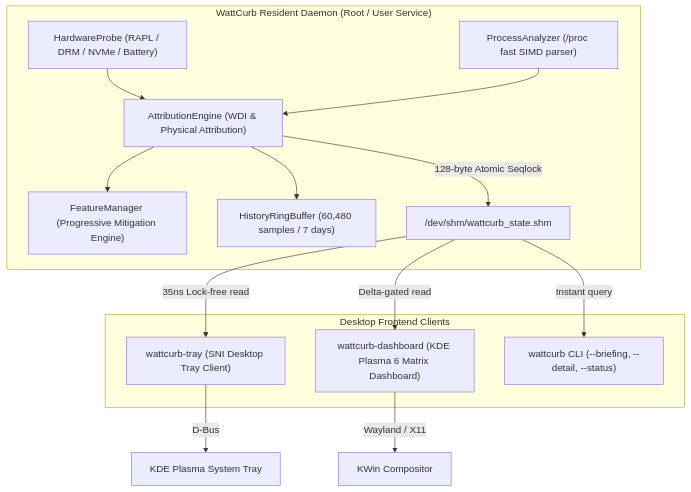
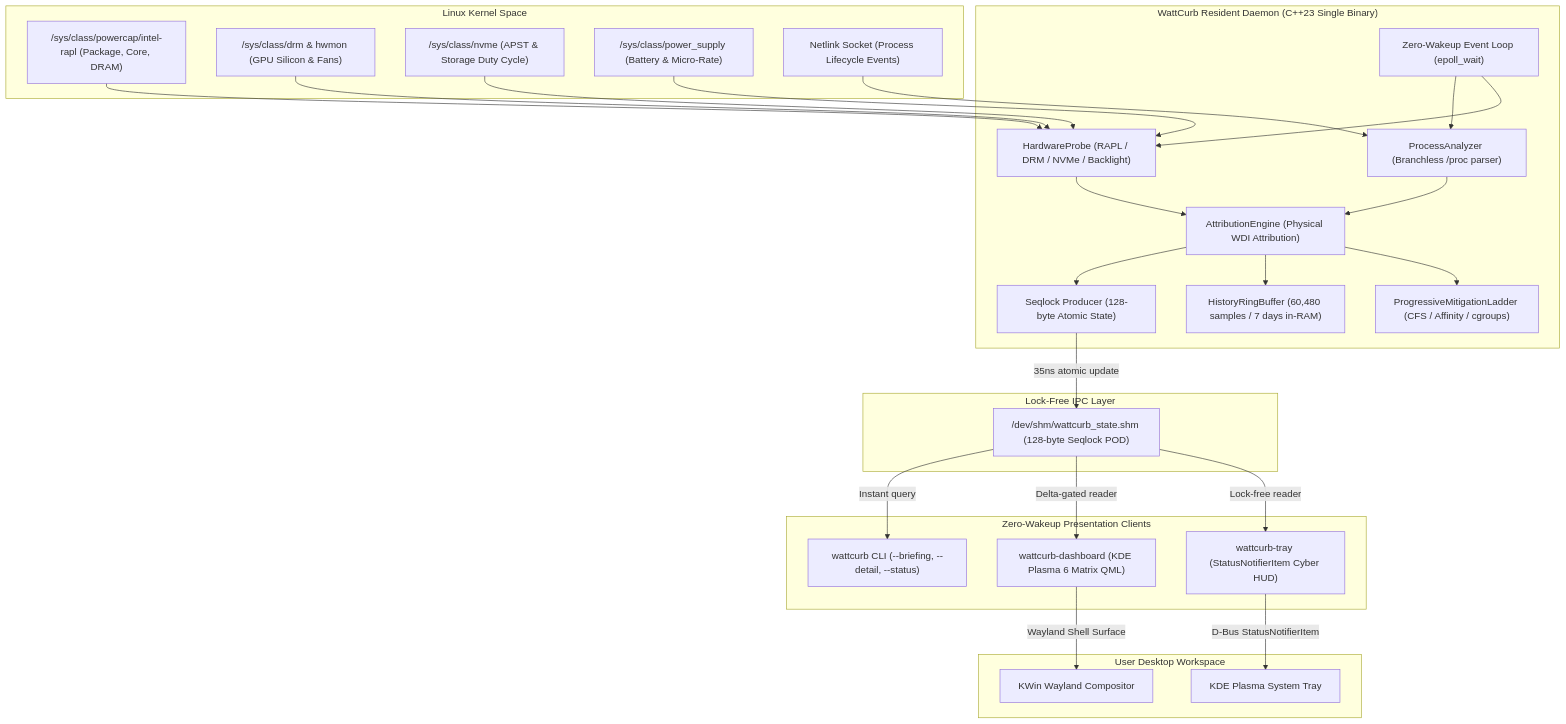
One commit to jedclub/WattCurb changed the diagram in README.md. Above: the diagram before and after it, drawn with Mermaid. The commit also changed other lines of this file and 7 other files, not shown here.

First line of the commit message:
feat(ci): implement automated 3-stage PGO release CI/CD and overhaul README with performance charts (REF-REQ-077, REF-ARCH-054)

````diff
--- a/README.md
+++ b/README.md
@@ -31,29 +136,54 @@
 ```mermaid
 flowchart TD
-    subgraph Daemon["WattCurb Resident Daemon (Root / User Service)"]
-        HW["HardwareProbe (RAPL / DRM / NVMe / Battery)"]
-        Proc["ProcessAnalyzer (/proc fast SIMD parser)"]
-        Attr["AttributionEngine (WDI & Physical Attribution)"]
-        Policy["FeatureManager (Progressive Mitigation Engine)"]
-        Ring["HistoryRingBuffer (60,480 samples / 7 days)"]
-        
-        HW --> Attr
-        Proc --> Attr
-        Attr --> Policy
-        Attr --> Ring
-        Attr -->|128-byte Atomic Seqlock| SHM["/dev/shm/wattcurb_state.shm"]
+    subgraph Kernel["Linux Kernel Space"]
+        RAPL["/sys/class/powercap/intel-rapl (Package, Core, DRAM)"]
+        HWMON["/sys/class/drm & hwmon (GPU Silicon & Fans)"]
+        NVME["/sys/class/nvme (APST & Storage Duty Cycle)"]
+        BATT["/sys/class/power_supply (Battery & Micro-Rate)"]
+        NETLINK["Netlink Socket (Process Lifecycle Events)"]
     end
 
-    subgraph Clients["Desktop Frontend Clients"]
-        Tray["wattcurb-tray (SNI Desktop Tray Client)"]
-        Dash["wattcurb-dashboard (KDE Plasma 6 Matrix Dashboard)"]
+    subgraph Daemon["WattCurb Resident Daemon (C++23 Single Binary)"]
+        EPOLL["Zero-Wakeup Event Loop (epoll_wait)"]
+        HW["HardwareProbe (RAPL / DRM / NVMe / Backlight)"]
+        PROC["ProcessAnalyzer (Branchless /proc parser)"]
+        ATTR["AttributionEngine (Physical WDI Attribution)"]
+        MITIG["ProgressiveMitigationLadder (CFS / Affinity / cgroups)"]
+        RING["HistoryRingBuffer (60,480 samples / 7 days in-RAM)"]
+        SHM_WRITER["Seqlock Producer (128-byte Atomic State)"]
+
+        EPOLL --> HW --> ATTR
+        EPOLL --> PROC --> ATTR
+        NETLINK --> PROC
+        ATTR --> MITIG
+        ATTR --> RING
+        ATTR --> SHM_WRITER
+    end
+
+    subgraph IPC["Lock-Free IPC Layer"]
+        SHM["/dev/shm/wattcurb_state.shm (128-byte Seqlock POD)"]
+        SHM_WRITER -->|35ns atomic update| SHM
+    end
+
+    subgraph Frontends["Zero-Wakeup Presentation Clients"]
+        TRAY["wattcurb-tray (StatusNotifierItem Cyber HUD)"]
+        DASH["wattcurb-dashboard (KDE Plasma 6 Matrix QML)"]
         CLI["wattcurb CLI (--briefing, --detail, --status)"]
-        
-        SHM -->|35ns Lock-free read| Tray
-        SHM -->|Delta-gated read| Dash
+
+        SHM -->|Lock-free reader| TRAY
+        SHM -->|Delta-gated reader| DASH
         SHM -->|Instant query| CLI
     end
 
-    Tray -->|D-Bus| KDEPanel["KDE Plasma System Tray"]
-    Dash -->|Wayland / X11| KWin["KWin Compositor"]
+    subgraph Desktop["User Desktop Workspace"]
+        PANEL["KDE Plasma System Tray"]
+        KWIN["KWin Wayland Compositor"]
+        TRAY -->|D-Bus StatusNotifierItem| PANEL
+        DASH -->|Wayland Shell Surface| KWIN
+    end
+
+    RAPL --> HW
+    HWMON --> HW
+    NVME --> HW
+    BATT --> HW
 ```
````
